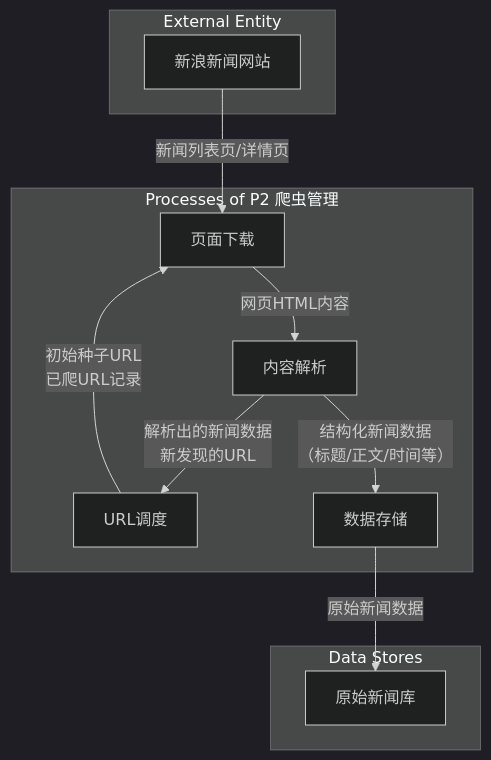
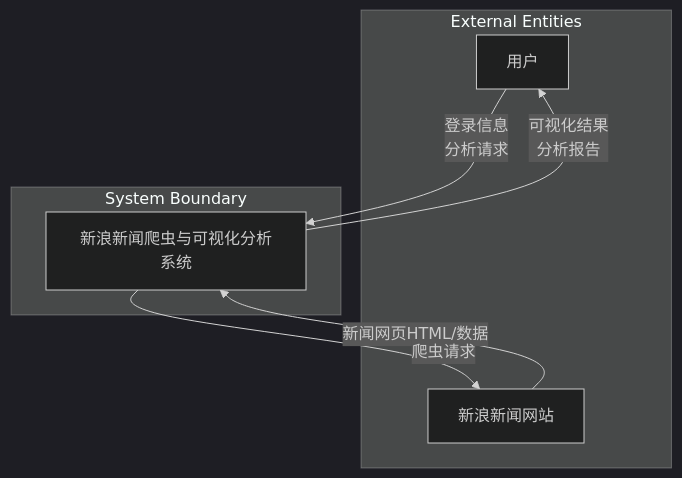
The diagram in all/未命名.md (simple-fantasy/iodraw-files), drawn with Mermaid (dark theme) before and after one commit.

Commit message:
2026-01-20 12:00:56 update

````diff
--- a/all/未命名.md
+++ b/all/未命名.md
@@ -1,25 +1,16 @@
 ```mermaid
 flowchart TD
-    subgraph External Entity
+    subgraph External Entities
+        A[用户]
         B[新浪新闻网站]
     end
 
-    subgraph Data Stores
-        D2[原始新闻库]
+    subgraph System Boundary
+        C[新浪新闻爬虫与可视化分析系统]
     end
 
-    subgraph Processes of P2 爬虫管理
-        P2_1[URL调度]
-        P2_2[页面下载]
-        P2_3[内容解析]
-        P2_4[数据存储]
-    end
-
-    B -- "新闻列表页/详情页" --> P2_2
-
-    P2_1 -- "初始种子URL<br>已爬URL记录" --> P2_2
-    P2_2 -- "网页HTML内容" --> P2_3
-    P2_3 -- "解析出的新闻数据<br>新发现的URL" --> P2_1
-    P2_3 -- "结构化新闻数据<br>（标题/正文/时间等）" --> P2_4
-    P2_4 -- "原始新闻数据" --> D2
+    A -->|登录信息<br>分析请求| C
+    C -->|可视化结果<br>分析报告| A
+    B -->|新闻网页HTML/数据| C
+    C -->|爬虫请求| B
 ```
````
